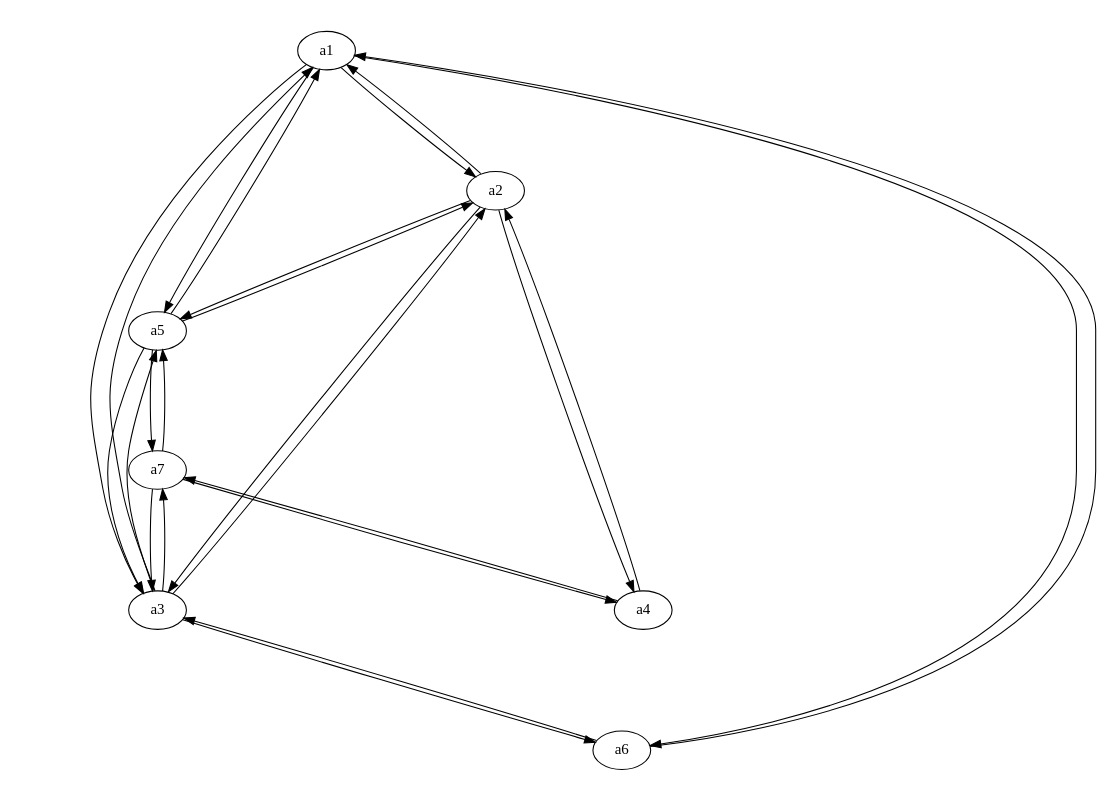
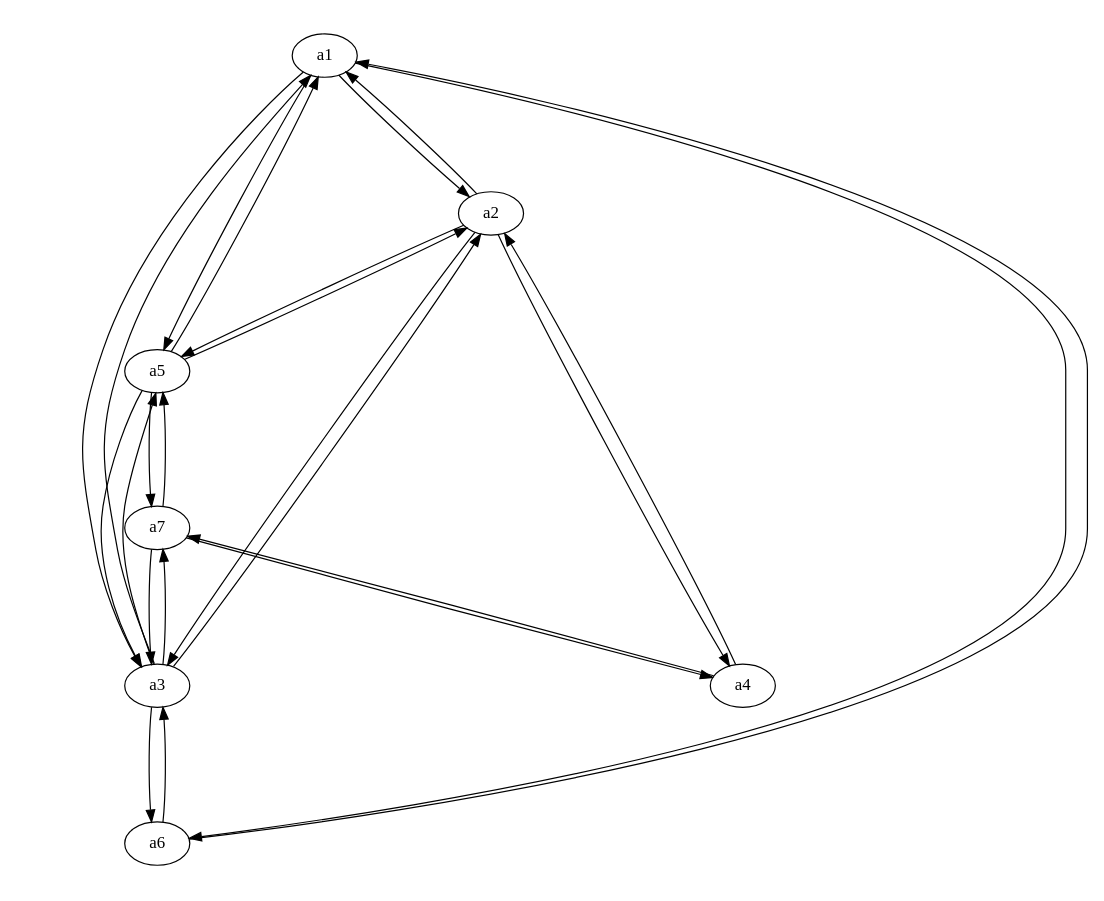
Before and after one commit to jonhoo/simio: the diagram in src/parser/graphs/arbitrary.gv, drawn with Graphviz.

Commit message:
Add weights to 'arbitrary' graph

```diff
--- a/src/parser/graphs/arbitrary.gv
+++ b/src/parser/graphs/arbitrary.gv
@@ -1,42 +1,42 @@
 digraph {
   size="10,10!";
   ratio="fill";
   a1;
   a2;
   a3;
   a4;
   a5;
   a6;
   a7;
 
-  a1 -> a2;
-  a1 -> a3;
-  a1 -> a5;
-  a1 -> a6;
+  a1 -> a2 [weight = 4];
+  a1 -> a3 [weight = 3];
+  a1 -> a5 [weight = 10];
+  a1 -> a6 [weight = 9];
 
-  a2 -> a1;
-  a2 -> a3;
-  a2 -> a4;
-  a2 -> a5;
+  a2 -> a1 [weight = 4];
+  a2 -> a3 [weight = 12];
+  a2 -> a4 [weight = 5];
+  a2 -> a5 [weight = 15];
 
-  a3 -> a1;
-  a3 -> a2;
-  a3 -> a5;
-  a3 -> a6;
-  a3 -> a7;
+  a3 -> a1 [weight = 3];
+  a3 -> a2 [weight = 12];
+  a3 -> a5 [weight = 18];
+  a3 -> a6 [weight = 17];
+  a3 -> a7 [weight = 10];
 
-  a4 -> a2;
-  a4 -> a7;
+  a4 -> a2 [weight = 5];
+  a4 -> a7 [weight = 1];
 
-  a5 -> a1;
-  a5 -> a2;
-  a5 -> a3;
-  a5 -> a7;
+  a5 -> a1 [weight = 10];
+  a5 -> a2 [weight = 15];
+  a5 -> a3 [weight = 18];
+  a5 -> a7 [weight = 19];
 
-  a6 -> a1;
-  a6 -> a3;
+  a6 -> a1 [weight = 9];
+  a6 -> a3 [weight = 17];
 
-  a7 -> a3;
-  a7 -> a4;
-  a7 -> a5;
+  a7 -> a3 [weight = 10];
+  a7 -> a4 [weight = 1];
+  a7 -> a5 [weight = 19];
 }
```
